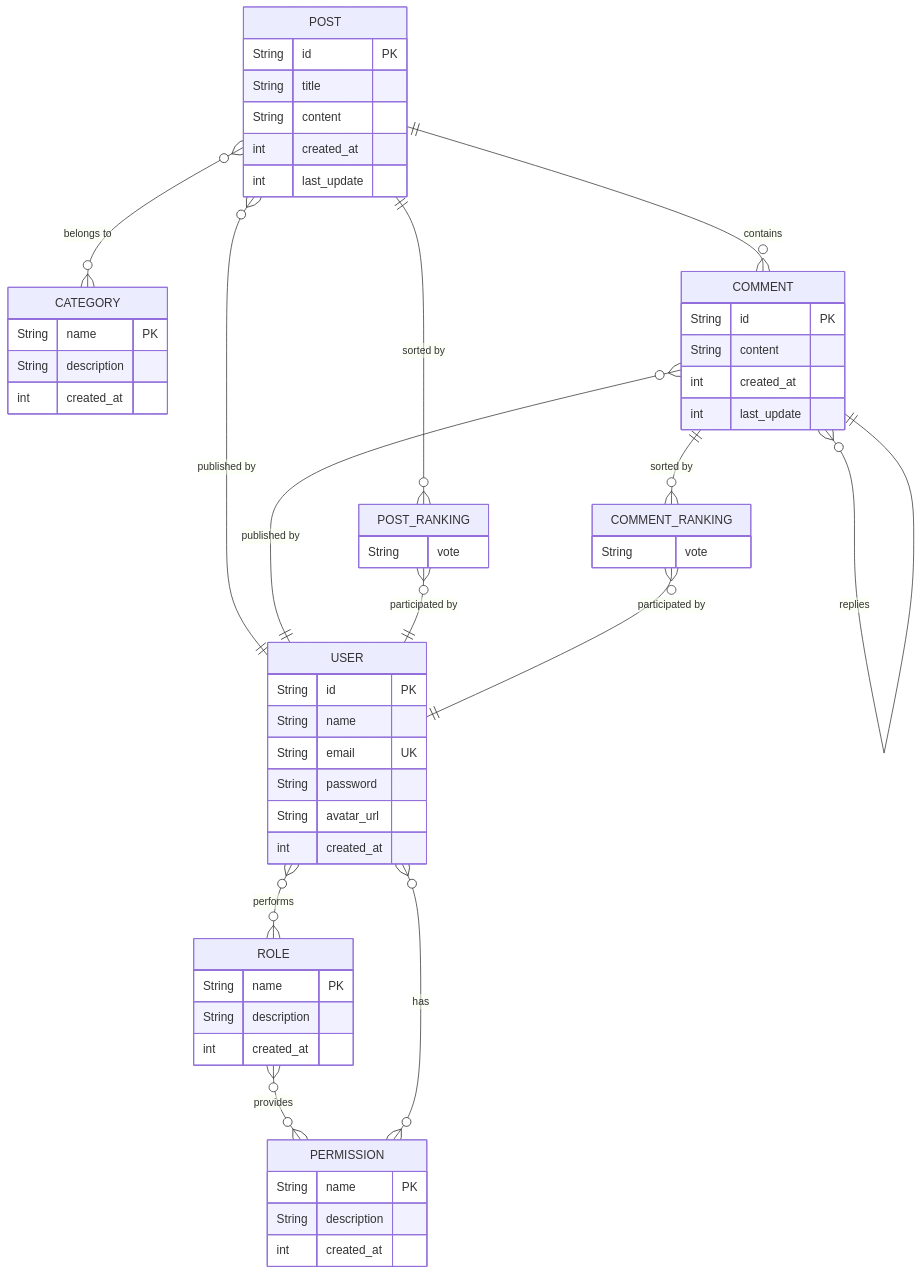
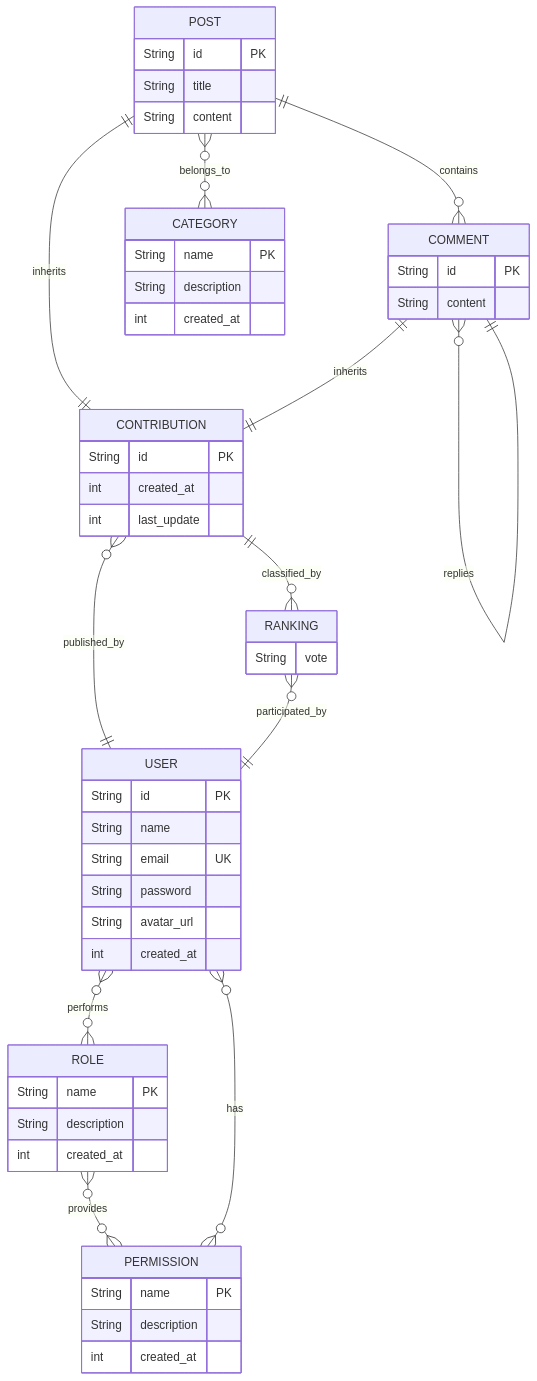
Before and after one commit to andre-sch/forum-server: the diagram in server/src/main/resources/db/schema.md, drawn with Mermaid. The commit also changed other lines of this file and 2 other files, not shown here.

Commit message:
Abstract post and comments into contributions

````diff
--- a/server/src/main/resources/db/schema.md
+++ b/server/src/main/resources/db/schema.md
@@ -7,70 +8,67 @@
 ```mermaid
   erDiagram
     USER {
       String id PK
       String name
       String email UK
       String password
       String avatar_url
       int created_at
     }
 
     ROLE {
       String name PK
       String description
       int created_at
     }
 
     PERMISSION {
       String name PK
       String description
       int created_at
     }
 
+    CONTRIBUTION {
+      String id PK
+      int created_at
+      int last_update
+    }
+
     POST {
       String id PK
       String title
       String content
-      int created_at
-      int last_update
     }
 
     CATEGORY {
       String name PK
       String description
       int created_at
     }
 
     COMMENT {
       String id PK
       String content
-      int created_at
-      int last_update
     }
 
-    POST_RANKING {
+    RANKING {
       String vote
     }
 
-    COMMENT_RANKING {
-      String vote
-    }
+    USER }o--o{ ROLE: performs
+    ROLE }o--o{ PERMISSION: provides
+    USER }o--o{ PERMISSION: has
 
-    USER }o--o{ ROLE: "performs"
-    ROLE }o--o{ PERMISSION: "provides"
-    USER }o--o{ PERMISSION: "has"
+    POST ||--|| CONTRIBUTION: inherits
+    COMMENT ||--|| CONTRIBUTION: inherits
 
-    POST }o--|| USER: "published by"
-    COMMENT }o--|| USER: "published by"
+    CONTRIBUTION }o--|| USER: published_by
 
-    POST }o--o{ CATEGORY: "belongs to"
+    POST }o--o{ CATEGORY: belongs_to
 
-    POST ||--o{ COMMENT: "contains"
-    COMMENT }o--|| COMMENT: "replies"
+    POST ||--o{ COMMENT: contains
+    COMMENT }o--|| COMMENT: replies
 
-    POST ||--o{ POST_RANKING: "sorted by"
-    POST_RANKING }o--|| USER: "participated by"
-
-    COMMENT ||--o{ COMMENT_RANKING: "sorted by"
-    COMMENT_RANKING }o--|| USER: "participated by"
+    CONTRIBUTION ||--o{ RANKING: classified_by
+    RANKING }o--|| USER: participated_by
 ```
````
